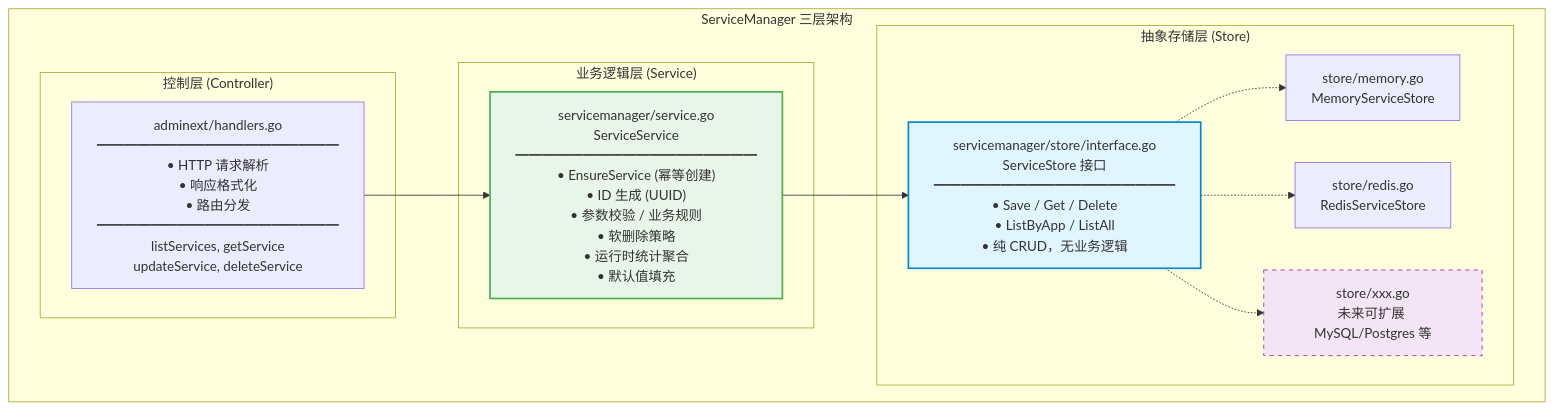
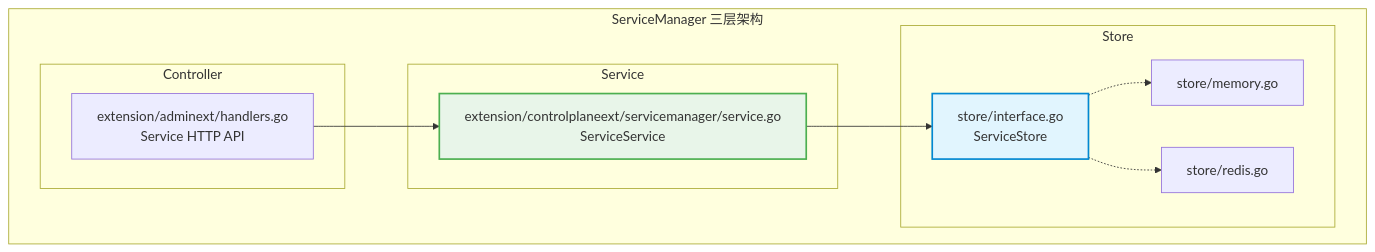
Before and after one commit to junjiewwang/custom-opentelemetry-collector: the fourth of 6 diagrams in docs/service-entity-architecture.md, drawn with Mermaid. The commit also changed other lines of this file, not shown here.

First line of the commit message:
docs: update service entity architecture - Phase 1~5 progress

````diff
--- a/docs/service-entity-architecture.md
+++ b/docs/service-entity-architecture.md
@@ -163,29 +519,26 @@
 ```mermaid
 graph TB
     subgraph "ServiceManager 三层架构"
-        subgraph "控制层 (Controller)"
-            H["adminext/handlers.go<br/>━━━━━━━━━━━━━━━━━━<br/>• HTTP 请求解析<br/>• 响应格式化<br/>• 路由分发<br/>━━━━━━━━━━━━━━━━━━<br/>listServices, getService<br/>updateService, deleteService"]
+        subgraph "Controller"
+            H["extension/adminext/handlers.go<br/>Service HTTP API"]
         end
 
-        subgraph "业务逻辑层 (Service)"
-            S["servicemanager/service.go<br/>ServiceService<br/>━━━━━━━━━━━━━━━━━━<br/>• EnsureService (幂等创建)<br/>• ID 生成 (UUID)<br/>• 参数校验 / 业务规则<br/>• 软删除策略<br/>• 运行时统计聚合<br/>• 默认值填充"]
+        subgraph "Service"
+            S["extension/controlplaneext/servicemanager/service.go<br/>ServiceService"]
         end
 
-        subgraph "抽象存储层 (Store)"
-            I["servicemanager/store/interface.go<br/>ServiceStore 接口<br/>━━━━━━━━━━━━━━━━━━<br/>• Save / Get / Delete<br/>• ListByApp / ListAll<br/>• 纯 CRUD，无业务逻辑"]
-            M["store/memory.go<br/>MemoryServiceStore"]
-            R["store/redis.go<br/>RedisServiceStore"]
-            F["store/xxx.go<br/>未来可扩展 MySQL/Postgres 等"]
+        subgraph "Store"
+            I["store/interface.go<br/>ServiceStore"]
+            M["store/memory.go"]
+            R["store/redis.go"]
         end
 
         H --> S
         S --> I
         I -.-> M
         I -.-> R
-        I -.-> F
     end
 
     style S fill:#e8f5e9,stroke:#4caf50,stroke-width:2px
     style I fill:#e1f5fe,stroke:#0288d1,stroke-width:2px
-    style F fill:#f3e5f5,stroke:#9c27b0,stroke-width:1px,stroke-dasharray: 5 5
 ```
````
